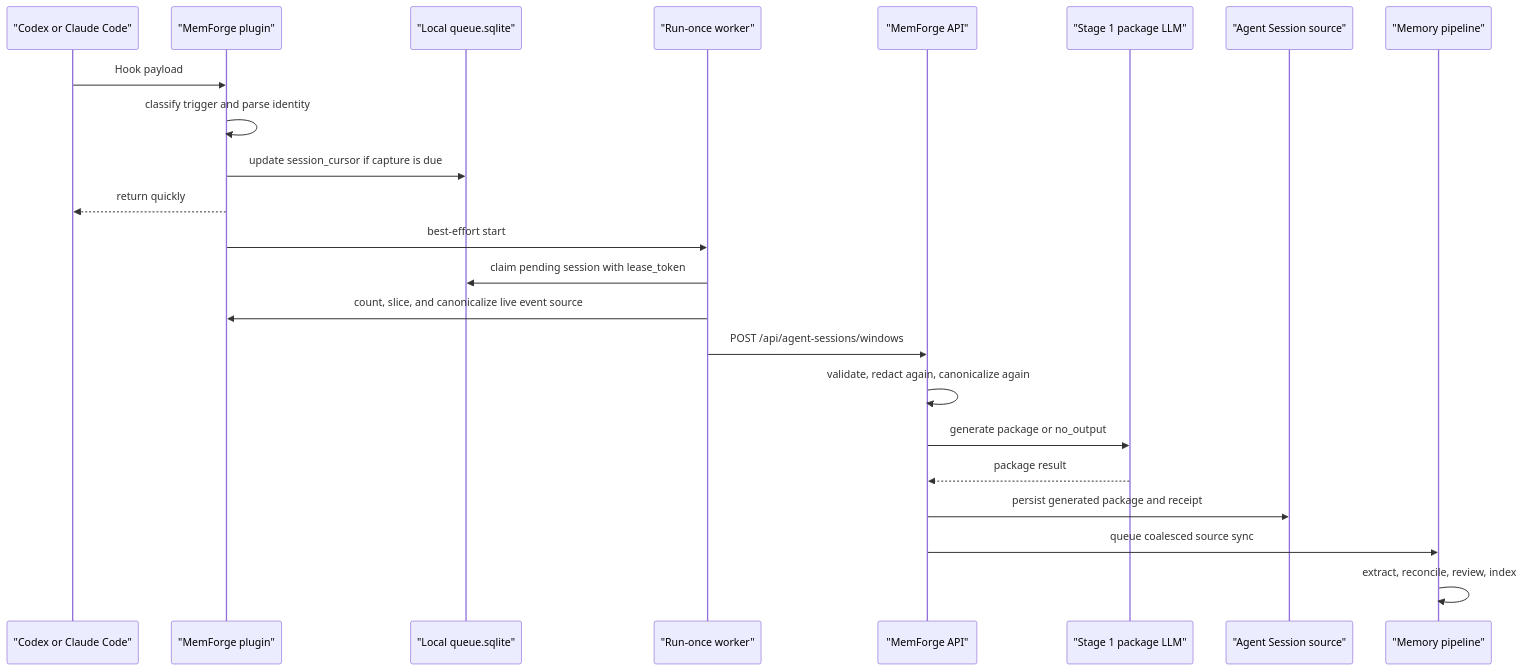
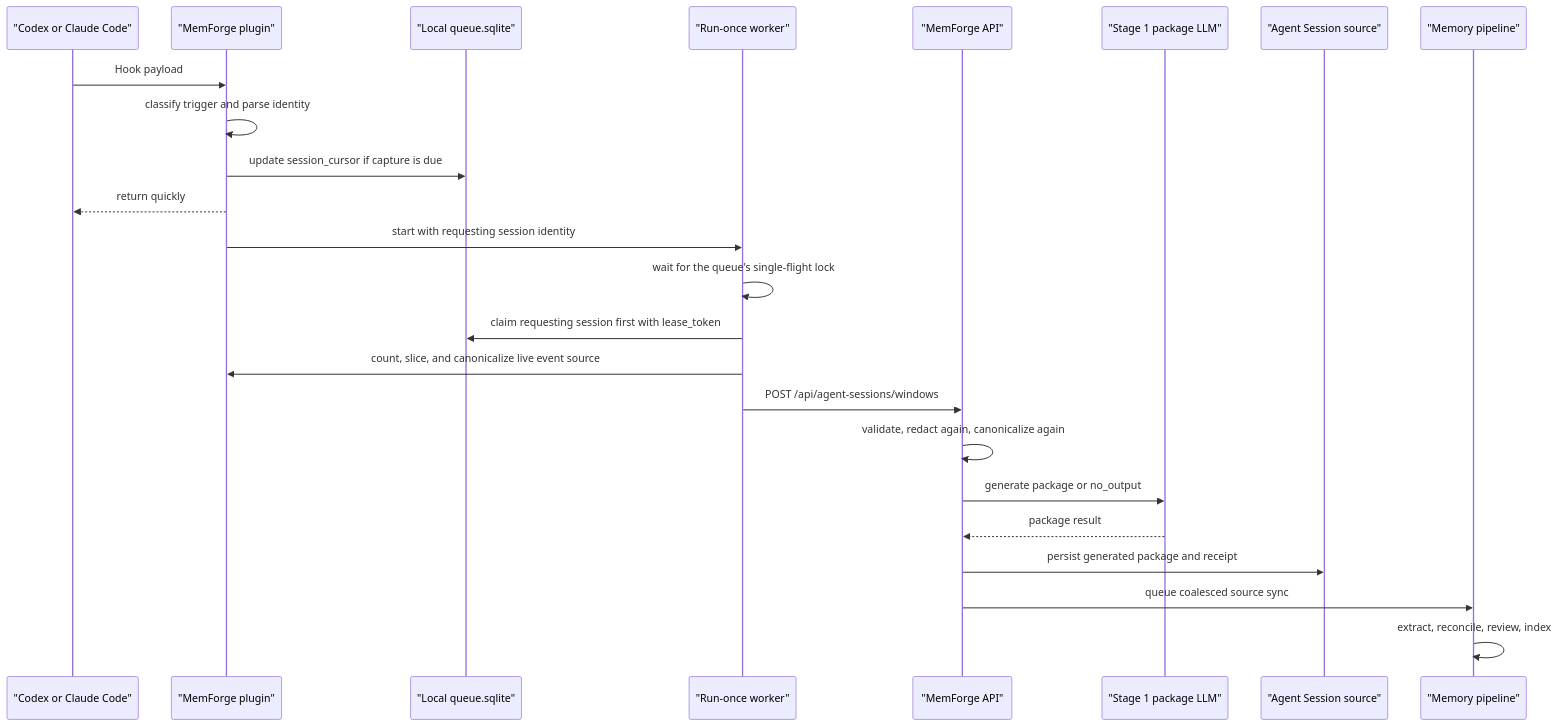
Before and after one commit to shno-labs/mem-forge: the diagram in docs/design/agent-session-saas-plugin-flow.md, drawn with Mermaid. The commit also changed other lines of this file and 15 other files, not shown here.

````diff
--- a/docs/design/agent-session-saas-plugin-flow.md
+++ b/docs/design/agent-session-saas-plugin-flow.md
@@ -43,26 +43,27 @@
 ```mermaid
 sequenceDiagram
   participant Tool as "Codex or Claude Code"
   participant Plugin as "MemForge plugin"
   participant Queue as "Local queue.sqlite"
   participant Worker as "Run-once worker"
   participant API as "MemForge API"
   participant LLM as "Stage 1 package LLM"
   participant Source as "Agent Session source"
   participant Pipeline as "Memory pipeline"
 
   Tool->>Plugin: Hook payload
   Plugin->>Plugin: classify trigger and parse identity
   Plugin->>Queue: update session_cursor if capture is due
   Plugin-->>Tool: return quickly
-  Plugin->>Worker: best-effort start
-  Worker->>Queue: claim pending session with lease_token
+  Plugin->>Worker: start with requesting session identity
+  Worker->>Worker: wait for the queue's single-flight lock
+  Worker->>Queue: claim requesting session first with lease_token
   Worker->>Plugin: count, slice, and canonicalize live event source
   Worker->>API: POST /api/agent-sessions/windows
   API->>API: validate, redact again, canonicalize again
   API->>LLM: generate package or no_output
   LLM-->>API: package result
   API->>Source: persist generated package and receipt
   API->>Pipeline: queue coalesced source sync
   Pipeline->>Pipeline: extract, reconcile, review, index
 ```
````
